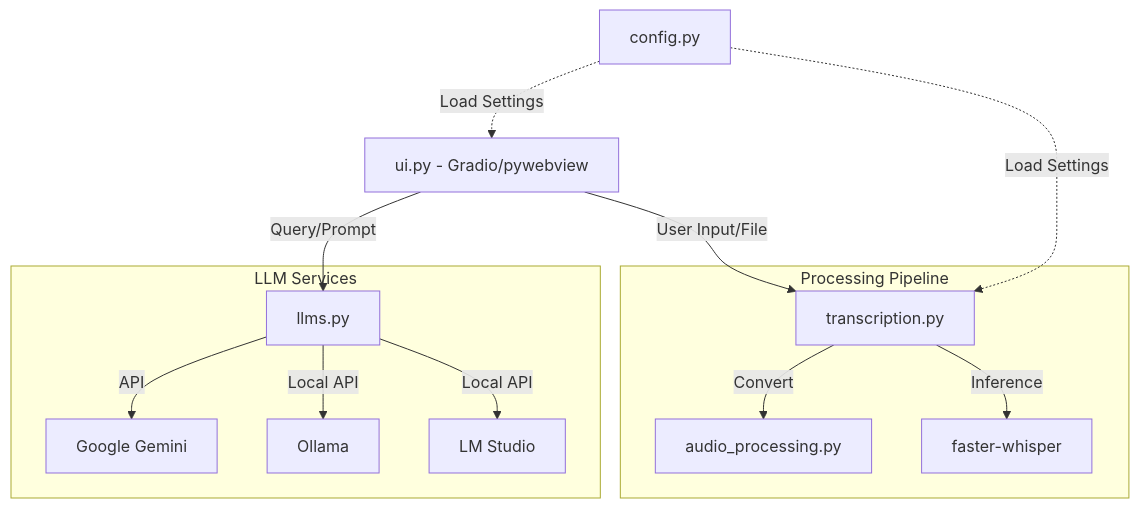
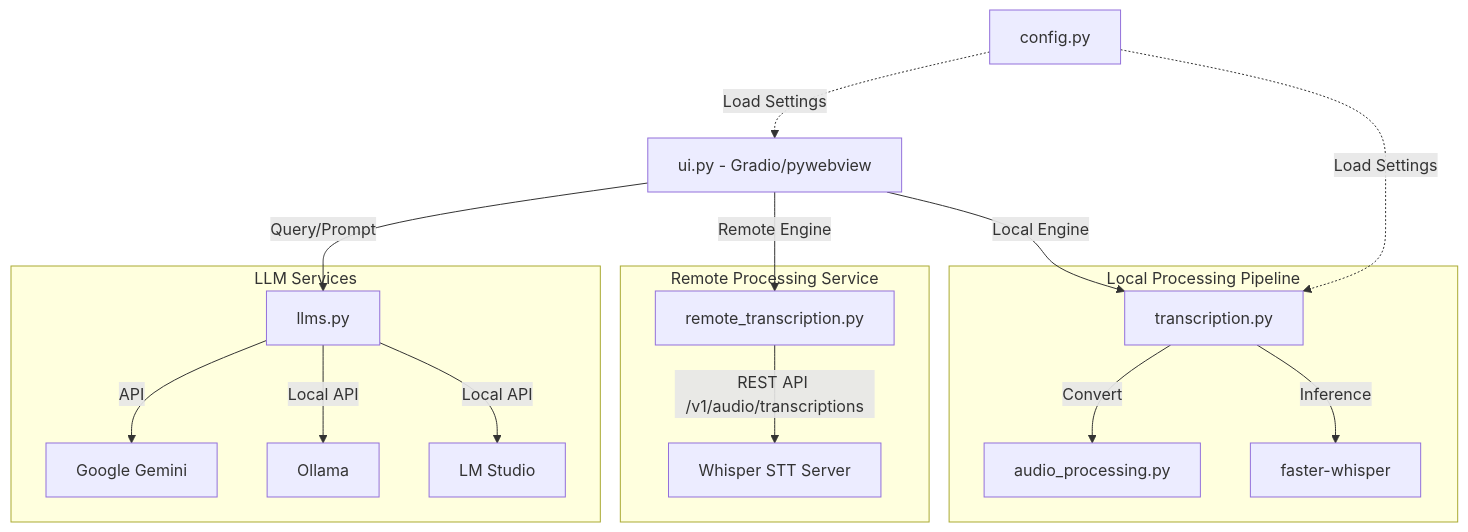
Before and after one commit to CorsiDanilo/Whisper-Audio-Video-Transcription-App: the diagram in docs/01-overview.md, drawn with Mermaid. The commit also changed other lines of this file and 15 other files, not shown here.

First line of the commit message:
feat: add remote Whisper STT service integration and bump version to v3.2.0

````diff
--- a/docs/01-overview.md
+++ b/docs/01-overview.md
@@ -34,19 +34,24 @@
 ```mermaid
 graph TD
-    UI[ui.py - Gradio/pywebview] -->|User Input/File| Trans[transcription.py]
+    UI[ui.py - Gradio/pywebview] -->|Local Engine| Trans[transcription.py]
+    UI -->|Remote Engine| RemoteTrans[remote_transcription.py]
     UI -->|Query/Prompt| LLM[llms.py]
     
-    subgraph "Processing Pipeline"
+    subgraph "Local Processing Pipeline"
         Trans -->|Convert| Audio[audio_processing.py]
         Trans -->|Inference| Whisper[faster-whisper]
+    end
+
+    subgraph "Remote Processing Service"
+        RemoteTrans -->|REST API /v1/audio/transcriptions| RemoteServer[Whisper STT Server]
     end
     
     subgraph "LLM Services"
         LLM -->|API| Gemini[Google Gemini]
         LLM -->|Local API| Ollama[Ollama]
         LLM -->|Local API| LMStudio[LM Studio]
     end
     
     Config[config.py] -.->|Load Settings| UI
     Config -.->|Load Settings| Trans
 ```
````
